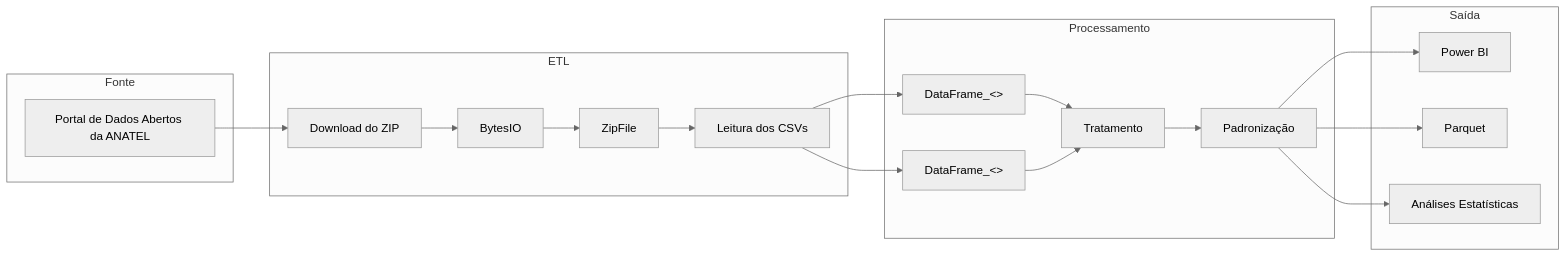
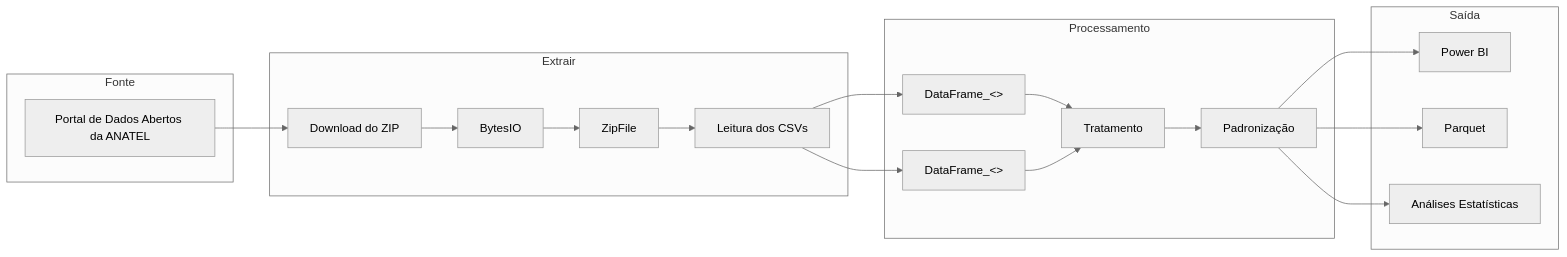
The first of 2 diagrams in README.md (gabrielmprata/anatel-data-platform), drawn with Mermaid (neutral theme) before and after one commit.

````diff
--- a/README.md
+++ b/README.md
@@ -3,40 +3,40 @@
 ```mermaid
 flowchart LR
 
     subgraph Fonte
         A["Portal de Dados Abertos da ANATEL"]
     end
 
-    subgraph ETL
+    subgraph Extrair
         B["Download do ZIP"]
         C["BytesIO"]
         D["ZipFile"]
         E["Leitura dos CSVs"]
     end
 
     subgraph Processamento
         F["DataFrame_<<param_ano>>"]
         G["DataFrame_<<param_ano>>"]
         H["Tratamento"]
         I["Padronização"]
     end
 
     subgraph Saída
         J["Power BI"]
         K["Parquet"]
         L["Análises Estatísticas"]
     end
 
     A --> B
     B --> C
     C --> D
     D --> E
     E --> F
     E --> G
     F --> H
     G --> H
     H --> I
     I --> J
     I --> K
     I --> L
 ```
````
